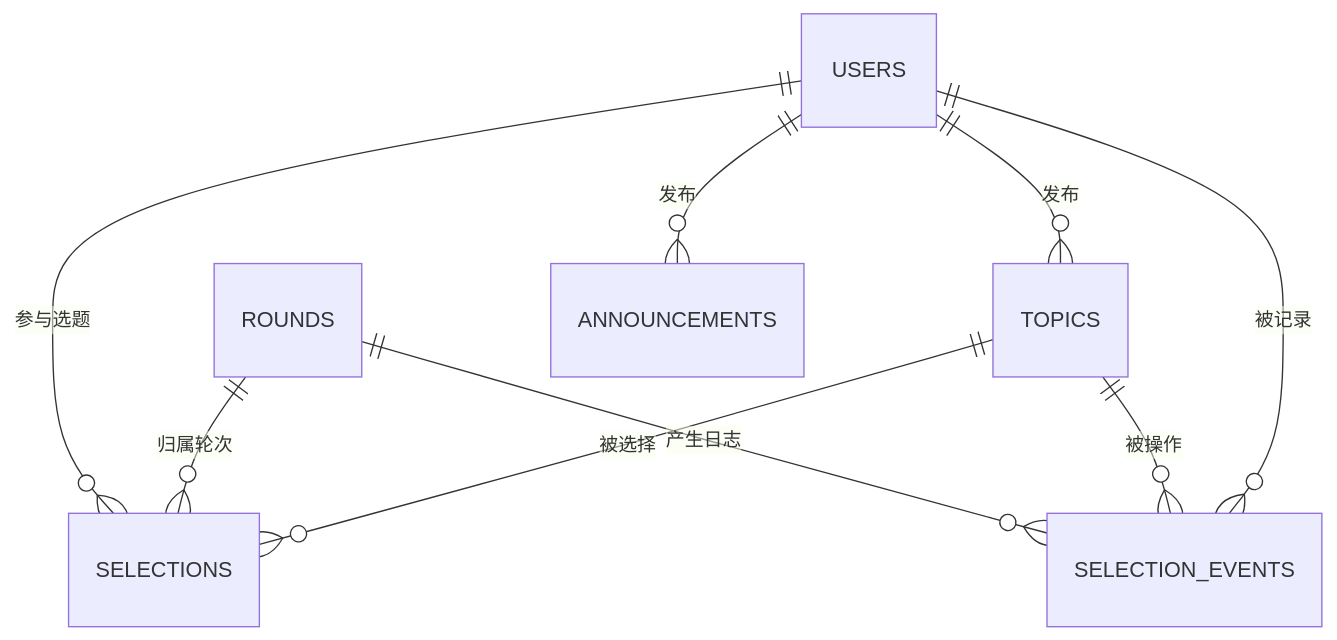
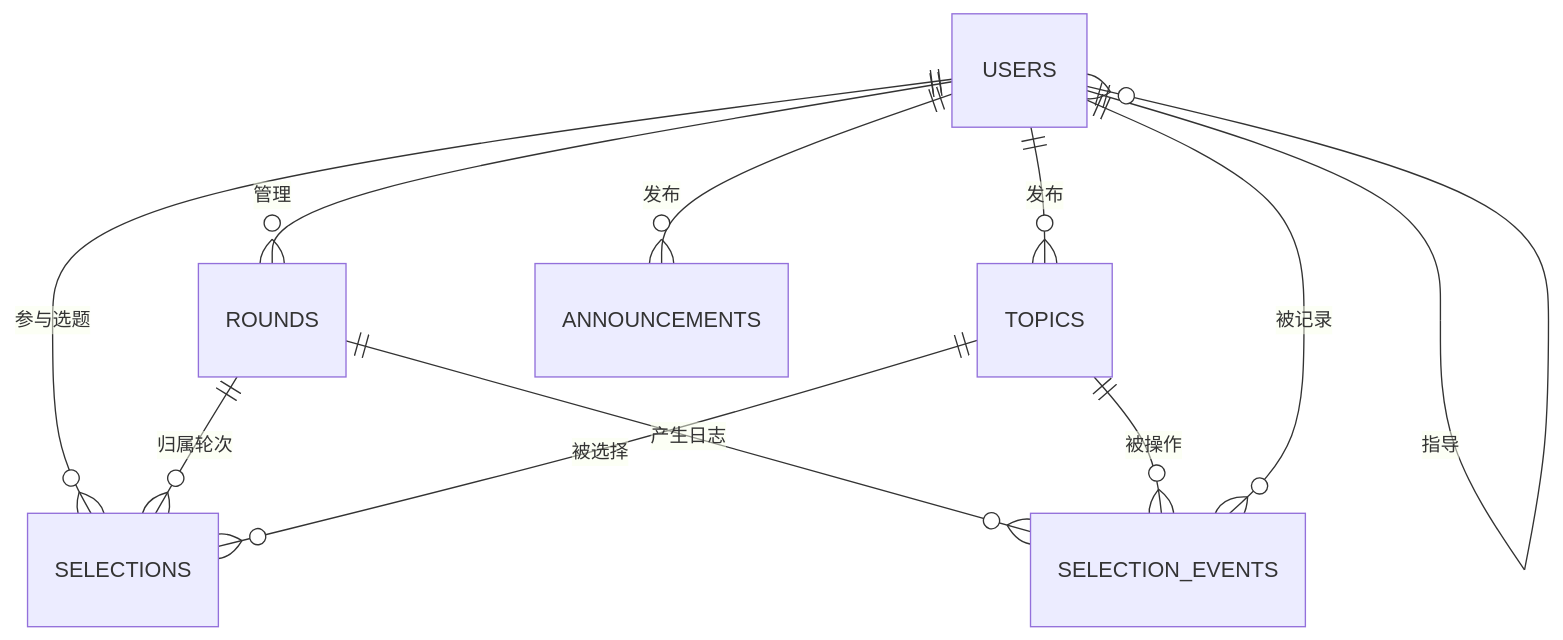
Before and after one commit to haixiaoyuntian/topicgo: the second of 2 diagrams in student-topic-system/design/设计报告.md, drawn with Mermaid. The commit also changed other lines of this file and 11 other files, not shown here.

````diff
--- a/student-topic-system/design/设计报告.md
+++ b/student-topic-system/design/设计报告.md
@@ -85,11 +91,13 @@
 ```mermaid
 erDiagram
     USERS ||--o{ SELECTIONS : "参与选题"
     ROUNDS ||--o{ SELECTIONS : "归属轮次"
     TOPICS ||--o{ SELECTIONS : "被选择"
     USERS ||--o{ TOPICS : "发布"
+    USERS ||--o{ ROUNDS : "管理"
+    USERS ||--o{ USERS : "指导"
     USERS ||--o{ ANNOUNCEMENTS : "发布"
     ROUNDS ||--o{ SELECTION_EVENTS : "产生日志"
     TOPICS ||--o{ SELECTION_EVENTS : "被操作"
     USERS ||--o{ SELECTION_EVENTS : "被记录"
 ```
````
